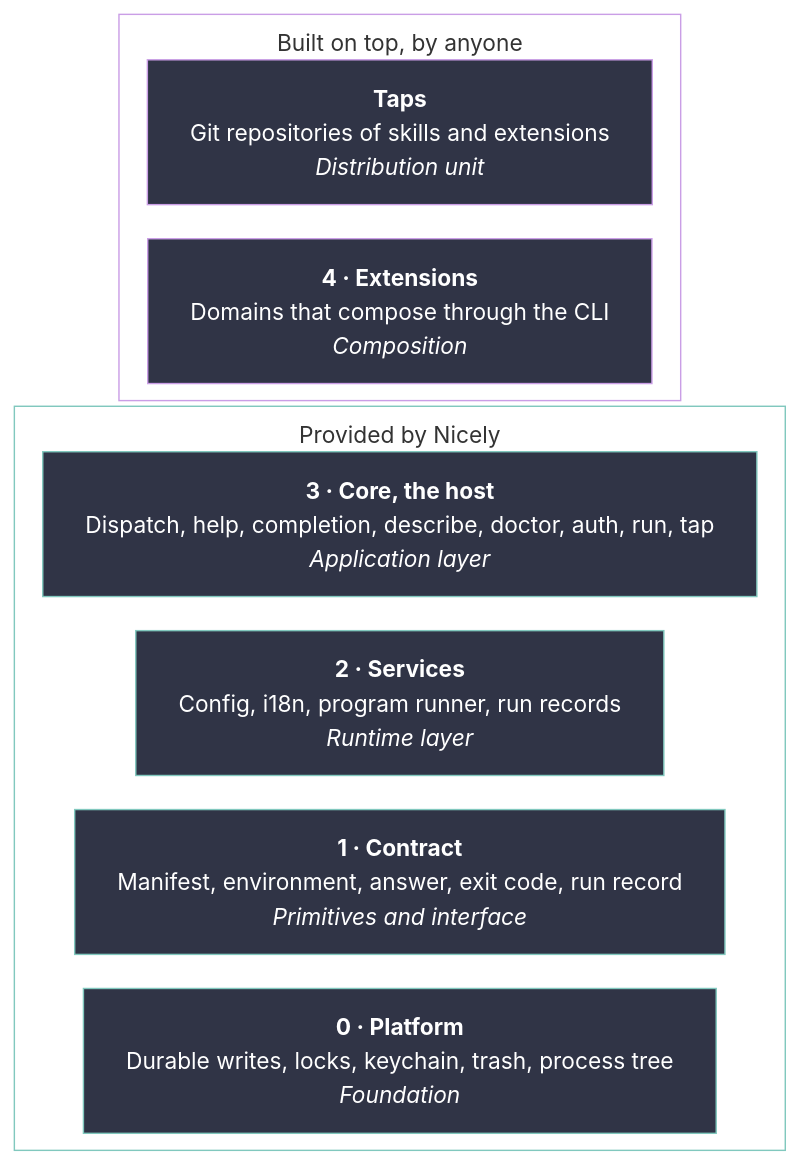
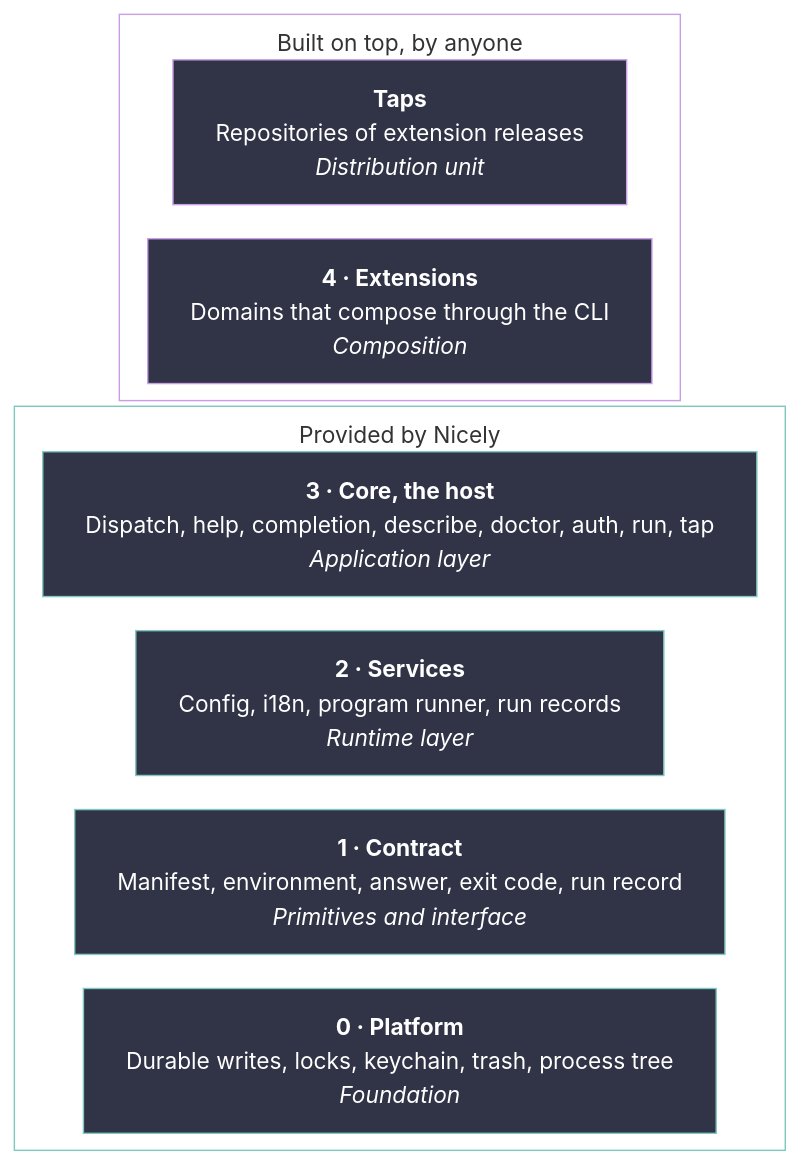
Before and after one commit to pascalandy/nicely: the diagram in docs/north-star/architecture.md, drawn with Mermaid (neutral theme). The commit also changed other lines of this file and 39 other files, not shown here.

````diff
--- a/docs/north-star/architecture.md
+++ b/docs/north-star/architecture.md
@@ -16,27 +16,27 @@
 ```mermaid
 %%{init: {"flowchart": {"nodeSpacing": 20, "rankSpacing": 24, "wrappingWidth": 600, "subGraphTitleMargin": {"top": 8, "bottom": 12}}}}%%
 flowchart TB
   accTitle: Nicely's layers
   accDescr: Taps and extensions sit on top of Nicely's layered core: the host, services, the contract, and the platform. Each layer depends only on the layers below it.
 
   subgraph top["Built on top, by anyone"]
-    taps["<b>Taps</b><br/>Git repositories of skills and extensions<br/><i>Distribution unit</i>"]
+    taps["<b>Taps</b><br/>Repositories of extension releases<br/><i>Distribution unit</i>"]
     ext["<b>4 · Extensions</b><br/>Domains that compose through the CLI<br/><i>Composition</i>"]
   end
 
   subgraph core["Provided by Nicely"]
     host["<b>3 · Core, the host</b><br/>Dispatch, help, completion, describe, doctor, auth, run, tap<br/><i>Application layer</i>"]
     svc["<b>2 · Services</b><br/>Config, i18n, program runner, run records<br/><i>Runtime layer</i>"]
     contract["<b>1 · Contract</b><br/>Manifest, environment, answer, exit code, run record<br/><i>Primitives and interface</i>"]
     platform["<b>0 · Platform</b><br/>Durable writes, locks, keychain, trash, process tree<br/><i>Foundation</i>"]
   end
 
   taps ~~~ ext ~~~ host ~~~ svc ~~~ contract ~~~ platform
 
   classDef anyone fill:#303446,stroke:#ca9ee6,color:#ffffff
   classDef layered fill:#303446,stroke:#81c8be,color:#ffffff
   class taps,ext anyone
   class host,svc,contract,platform layered
   style top fill:transparent,stroke:#ca9ee6
   style core fill:transparent,stroke:#81c8be
 ```
````
